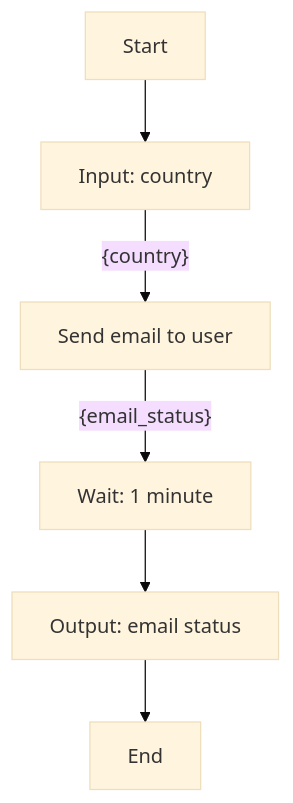
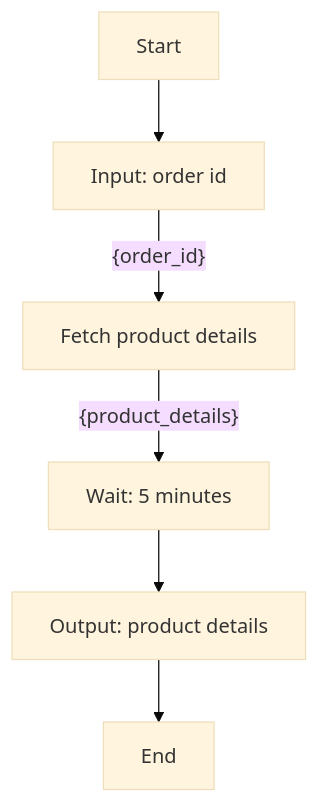
One commit to YJ-928/Temporal-Python-SDK changed the diagram in poc-dsl-compiler/input/workflows/workflow_6.md. Above: the diagram before and after it, drawn with Mermaid (base theme). The commit also changed 46 other files, not shown here.

````diff
--- a/poc-dsl-compiler/input/workflows/workflow_6.md
+++ b/poc-dsl-compiler/input/workflows/workflow_6.md
@@ -1,8 +1,8 @@
 ```mermaid
 graph TD
-    A[Start] --> B[Input: country]
-    B[Input: country] -- {country} --> C[Send email to user]
-    C[Send email to user] -- {email_status} --> D[Wait: 1 minute]
-    D[Wait: 1 minute] --> E[Output: email status]
-    E[Output: email status] --> F[End]
+    A[Start] --> B[Input: order id]
+    B[Input: order id] -- {order_id} --> C[Fetch product details]
+    C[Fetch product details] -- {product_details} --> D[Wait: 5 minutes]
+    D[Wait: 5 minutes] --> E[Output: product details]
+    E[Output: product details] --> F[End]
 ```
````
